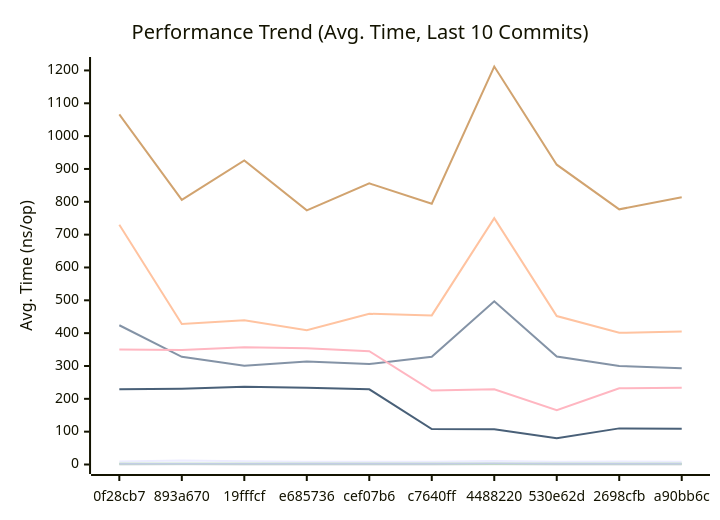
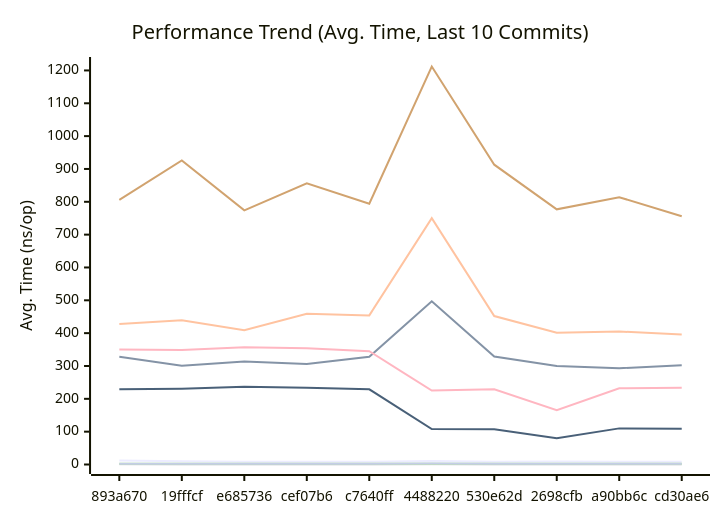
The first of 3 diagrams in docs/PERFORMANCE.md (alsotoes/momo), drawn with Mermaid before and after one commit. The commit also changed other lines of this file and 6 other files, not shown here.

````diff
--- a/docs/PERFORMANCE.md
+++ b/docs/PERFORMANCE.md
@@ -80,16 +80,16 @@
 ```mermaid
 xychart-beta
     title "Performance Trend (Avg. Time, Last 10 Commits)"
     x-axis "Commit"
     y-axis "Avg. Time (ns/op)"
-    x-axis [0f28cb7,893a670,19fffcf,e685736,cef07b6,c7640ff,4488220,530e62d,2698cfb,a90bb6c]
-    line "CheckMetricsAndSwap" [9,12,10,8,8,8,11,8,9,8]
-    line "CrushOptimized" [424,328,301,314,306,328,497,329,300,293]
-    line "CrushOriginal" [730,428,439,409,459,454,750,452,401,405]
-    line "IndexDirectTracking" [0,1,0,0,0,0,1,0,0,0]
+    x-axis [893a670,19fffcf,e685736,cef07b6,c7640ff,4488220,530e62d,2698cfb,a90bb6c,cd30ae6]
+    line "CheckMetricsAndSwap" [12,10,8,8,8,11,8,9,8,8]
+    line "CrushOptimized" [328,301,314,306,328,497,329,300,293,302]
+    line "CrushOriginal" [428,439,409,459,454,750,452,401,405,396]
+    line "IndexDirectTracking" [1,0,0,0,0,1,0,0,0,0]
     line "IndexSearch" [2,2,2,2,2,2,2,2,2,2]
-    line "LoadGlobalConfig" [1066,806,926,774,856,794,1212,913,777,814]
-    line "PadString" [2,2,2,2,2,2,3,2,2,2]
+    line "LoadGlobalConfig" [806,926,774,856,794,1212,913,777,814,756]
+    line "PadString" [2,2,2,2,2,3,2,2,2,2]
     line "ParseReplicationOrder_NoPrealloc" [350,349,357,354,345,225,229,165,232,234]
     line "ParseReplicationOrder_Prealloc" [229,231,237,234,229,108,107,80,110,109]
 ```
````
